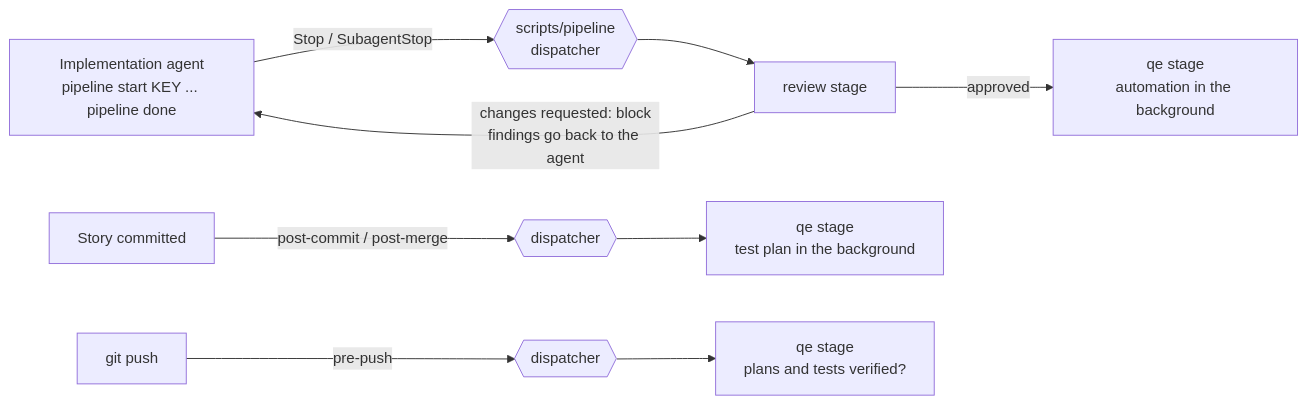
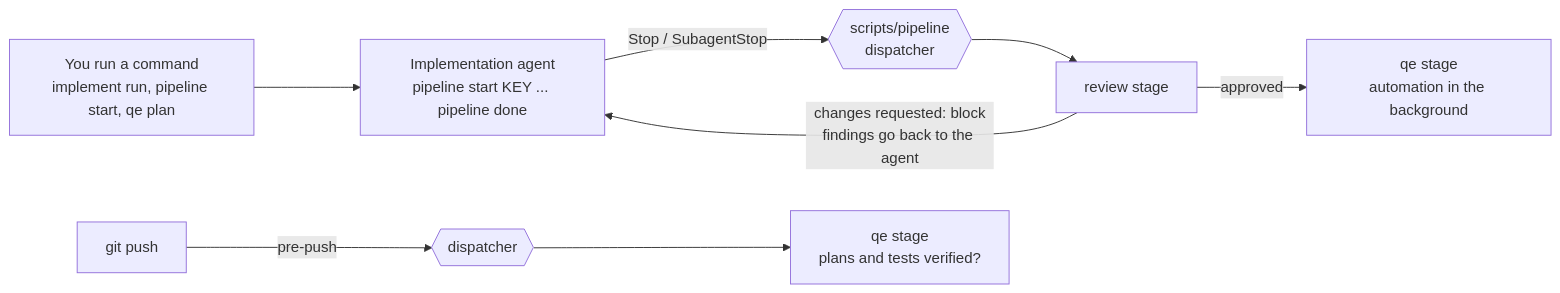
The diagram in docs/ai-pipeline/README.md (armandodollia-slalom/AI-Immersion-eShop), drawn with Mermaid before and after one commit. The commit also changed other lines of this file and 10 other files, not shown here.

````diff
--- a/docs/ai-pipeline/README.md
+++ b/docs/ai-pipeline/README.md
@@ -13,9 +13,9 @@
 ```mermaid
 flowchart LR
   I[Implementation agent<br/>pipeline start KEY ... pipeline done] -->|Stop / SubagentStop| D{{scripts/pipeline<br/>dispatcher}}
   D --> R[review stage]
   R -->|changes requested: block<br/>findings go back to the agent| I
   R -->|approved| Q[qe stage<br/>automation in the background]
-  S[Story committed] -->|post-commit / post-merge| D2{{dispatcher}} --> QP[qe stage<br/>test plan in the background]
+  C[You run a command<br/>implement run, pipeline start, qe plan] --> I
   P[git push] -->|pre-push| D3{{dispatcher}} --> QC[qe stage<br/>plans and tests verified?]
 ```
````
